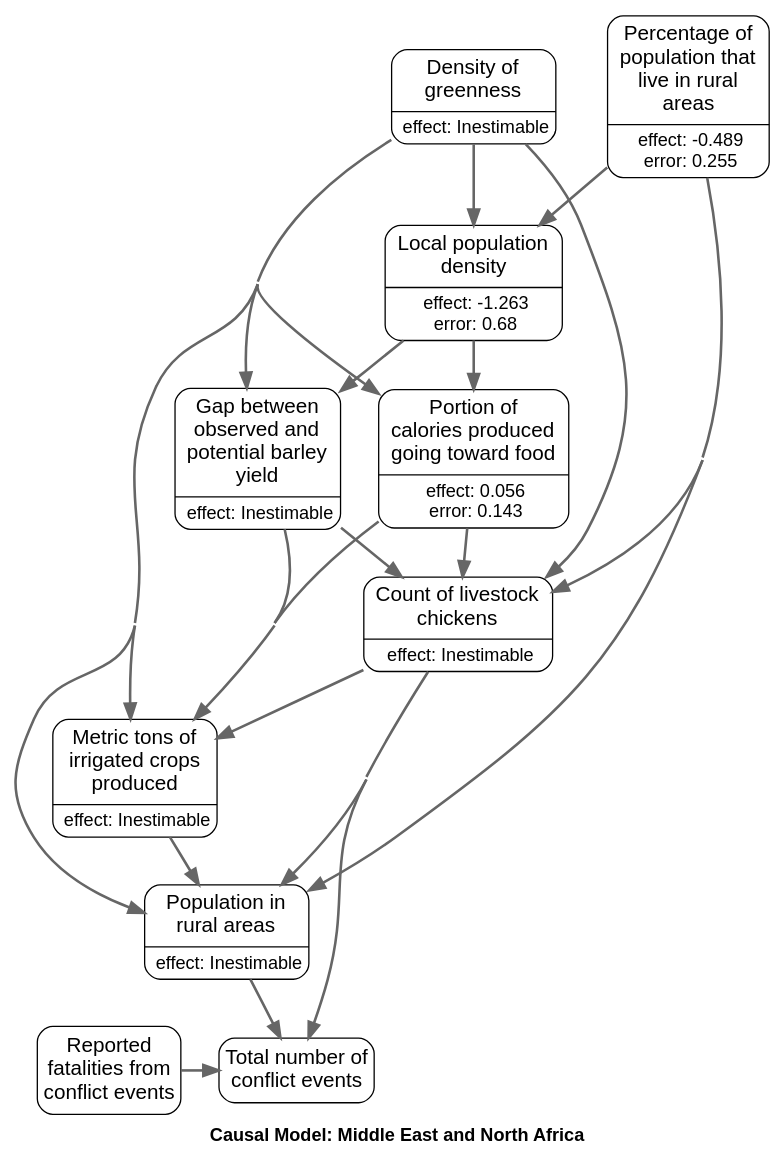
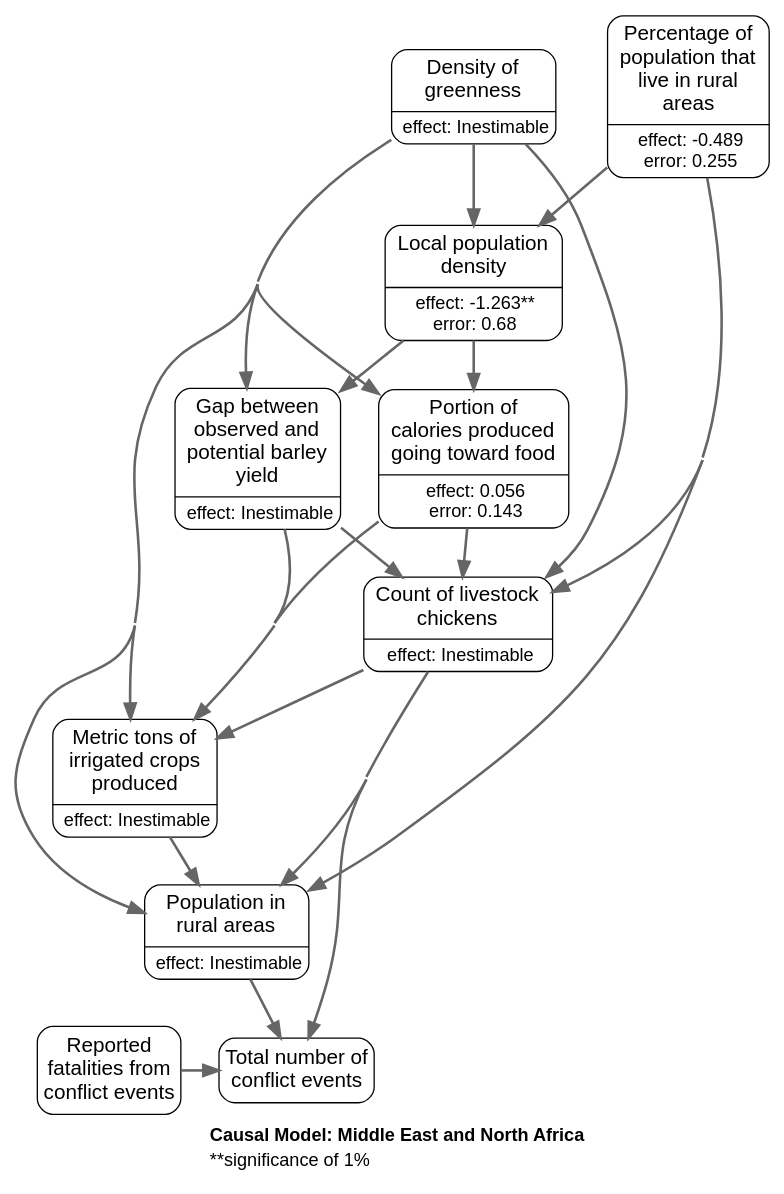
Before and after one commit to wri/wri-wpsi: the diagram in app/javascript/images/regions/causal_graphs/middle_east_and_north_africa.gv, drawn with Graphviz. The commit also changed 10 other files, not shown here.

Commit message:
update significance graph values

```diff
--- a/app/javascript/images/regions/causal_graphs/middle_east_and_north_africa.gv
+++ b/app/javascript/images/regions/causal_graphs/middle_east_and_north_africa.gv
@@ -1,80 +1,80 @@
 # generated file for region: middle_east_and_north_africa by CausalModelRegionGenerator
 strict digraph causalModel {
 fontname="Helvetica, Arial, sans-serif";
-label=<<TABLE BORDER="0" CELLBORDER="0" CELLSPACING="0"><TR><TD></TD></TR><TR><TD ALIGN="LEFT"><B>Causal Model: Middle East and North Africa</B></TD></TR></TABLE>>;
+label=<<TABLE BORDER="0" CELLBORDER="0" CELLSPACING="0"><TR><TD></TD></TR><TR><TD ALIGN="LEFT"><B>Causal Model: Middle East and North Africa</B></TD></TR><TR><TD ALIGN="LEFT">**significance of 1%</TD></TR></TABLE>>;
 labelloc = b;
 nodesep = 0.4;
 concentrate = true;
 node[shape = Mrecord, fontname = "Helvetica, Arial, sans-serif", margin = "0.10,0.06", penwidth = 1.0];
 edge[arrowsize = 1.2 penwidth = 2 color="#666666"];
 
 # nodes
 DeliveredkcalFraction_s [label = <{<table align="center" border="0" cellspacing="1" cellpadding="1">
 <tr><td><font point-size="16">Portion of<br/>calories produced<br/>going toward food<br/></font></td></tr>
 </table>
 |<table border="0" cellspacing="1" cellpadding="0.5"><tr><td><font point-size="14">effect: 0.056</font></td></tr>
 <tr><td><font point-size="14">error: 0.143</font></td></tr></table>}>, class = rankB];
 chicken_number_s [label = <{<table align="center" border="0" cellspacing="1" cellpadding="1">
 <tr><td><font point-size="16">Count of livestock<br/>chickens<br/></font></td></tr>
 </table>
 |<table border="0" cellspacing="1" cellpadding="0.5"><tr><td><font point-size="14">effect: Inestimable</font></td></tr></table>}>, class = rankB];
 spam_P_i_avg_s [label = <{<table align="center" border="0" cellspacing="1" cellpadding="1">
 <tr><td><font point-size="16">Metric tons of<br/>irrigated crops<br/>produced<br/></font></td></tr>
 </table>
 |<table border="0" cellspacing="1" cellpadding="0.5"><tr><td><font point-size="14">effect: Inestimable</font></td></tr></table>}>, class = rankB];
 rurpop_s [label = <{<table align="center" border="0" cellspacing="1" cellpadding="1">
 <tr><td><font point-size="16">Population in<br/>rural areas<br/></font></td></tr>
 </table>
 |<table border="0" cellspacing="1" cellpadding="0.5"><tr><td><font point-size="14">effect: Inestimable</font></td></tr></table>}>, class = rankB];
 yield_gap_barley_s [label = <{<table align="center" border="0" cellspacing="1" cellpadding="1">
 <tr><td><font point-size="16">Gap between<br/>observed and<br/>potential barley<br/>yield<br/></font></td></tr>
 </table>
 |<table border="0" cellspacing="1" cellpadding="0.5"><tr><td><font point-size="14">effect: Inestimable</font></td></tr></table>}>, class = rankB];
 rurratio_s [label = <{<table align="center" border="0" cellspacing="1" cellpadding="1">
 <tr><td><font point-size="16">Percentage of<br/>population that<br/>live in rural<br/>areas<br/></font></td></tr>
 </table>
 |<table border="0" cellspacing="1" cellpadding="0.5"><tr><td><font point-size="14">effect: -0.489</font></td></tr>
 <tr><td><font point-size="14">error: 0.255</font></td></tr></table>}>, class = rankA];
 locdensity_y [label = <{<table align="center" border="0" cellspacing="1" cellpadding="1">
 <tr><td><font point-size="16">Local population<br/>density<br/></font></td></tr>
 </table>
-|<table border="0" cellspacing="1" cellpadding="0.5"><tr><td><font point-size="14">effect: -1.263</font></td></tr>
+|<table border="0" cellspacing="1" cellpadding="0.5"><tr><td><font point-size="14">effect: -1.263**</font></td></tr>
 <tr><td><font point-size="14">error: 0.68</font></td></tr></table>}>, class = rankB];
 ndvi_act_min_m [label = <{<table align="center" border="0" cellspacing="1" cellpadding="1">
 <tr><td><font point-size="16">Density of<br/>greenness<br/></font></td></tr>
 </table>
 |<table border="0" cellspacing="1" cellpadding="0.5"><tr><td><font point-size="14">effect: Inestimable</font></td></tr></table>}>, class = rankA];
 acl_sum_evnt_m [label = "Total number of
 conflict events" class = rankC shape=box style=rounded fontsize="16pt" margin = "0.05,0.10"];
 acl_sum_fatl_m [label = "Reported
 fatalities from
 conflict events" class = rankC shape=box style=rounded fontsize="16pt" margin = "0.05,0.10"];
 
 #ranks
 {rank=same; rurratio_s ndvi_act_min_m; }
 {rank=same; acl_sum_evnt_m acl_sum_fatl_m; }
 
 # links
 DeliveredkcalFraction_s -> chicken_number_s;
 DeliveredkcalFraction_s -> spam_P_i_avg_s;
 chicken_number_s -> spam_P_i_avg_s;
 chicken_number_s -> rurpop_s;
 chicken_number_s -> acl_sum_evnt_m;
 spam_P_i_avg_s -> rurpop_s;
 rurpop_s -> acl_sum_evnt_m;
 yield_gap_barley_s -> chicken_number_s;
 yield_gap_barley_s -> spam_P_i_avg_s;
 rurratio_s -> chicken_number_s;
 rurratio_s -> rurpop_s;
 rurratio_s -> locdensity_y;
 locdensity_y -> DeliveredkcalFraction_s;
 locdensity_y -> yield_gap_barley_s;
 ndvi_act_min_m -> DeliveredkcalFraction_s;
 ndvi_act_min_m -> chicken_number_s;
 ndvi_act_min_m -> spam_P_i_avg_s;
 ndvi_act_min_m -> rurpop_s;
 ndvi_act_min_m -> yield_gap_barley_s;
 ndvi_act_min_m -> locdensity_y;
 acl_sum_fatl_m -> acl_sum_evnt_m;
 
 }
```
